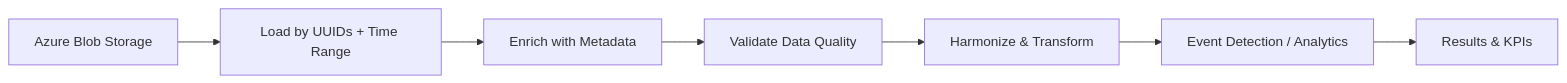
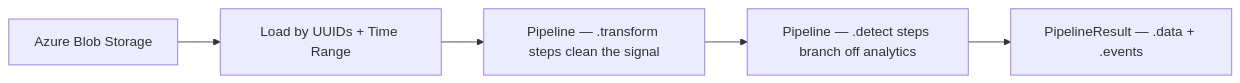
The diagram in docs/pipelines/index.md (ts-shape/ts-shape), drawn with Mermaid before and after one commit. The commit also changed other lines of this file and 5 other files, not shown here.

````diff
--- a/docs/pipelines/index.md
+++ b/docs/pipelines/index.md
@@ -15,9 +17,7 @@
 ```mermaid
 graph LR
     A[Azure Blob Storage] --> B[Load by UUIDs + Time Range]
-    B --> C[Enrich with Metadata]
-    C --> D[Validate Data Quality]
-    D --> E[Harmonize & Transform]
-    E --> F[Event Detection / Analytics]
-    F --> G[Results & KPIs]
+    B --> C["Pipeline — .transform steps clean the signal"]
+    C --> D["Pipeline — .detect steps branch off analytics"]
+    D --> E["PipelineResult — .data + .events"]
 ```
````
